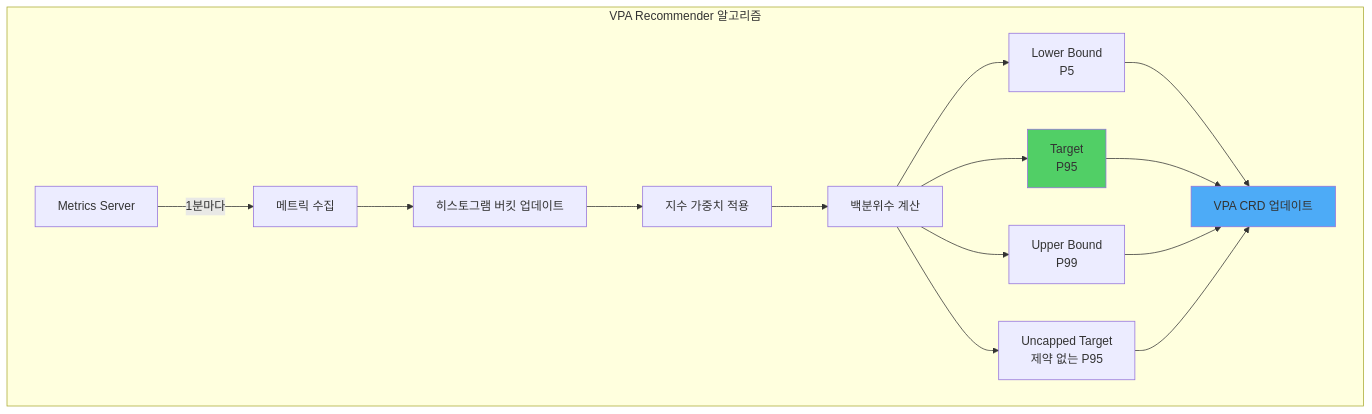
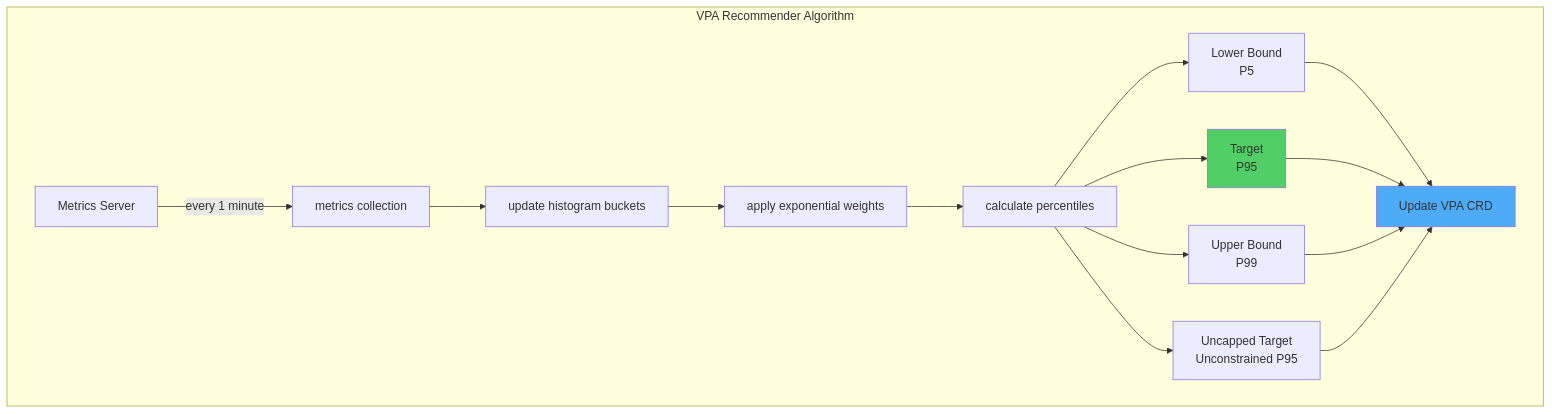
One commit to devfloor9/engineering-playbook changed the sixth of 16 diagrams in i18n/en/docusaurus-plugin-content-docs/current/eks-best-practices/resource-cost/eks-resource-optimization.md. Above: the diagram before and after it, drawn with Mermaid. The commit also changed other lines of this file, not shown here.

````diff
--- a/i18n/en/docusaurus-plugin-content-docs/current/eks-best-practices/resource-cost/eks-resource-optimization.md
+++ b/i18n/en/docusaurus-plugin-content-docs/current/eks-best-practices/resource-cost/eks-resource-optimization.md
@@ -1169,22 +1169,22 @@
 ```mermaid
 graph TB
-    subgraph "VPA Recommender 알고리즘"
-        A[Metrics Server] -->|1분마다| B[메트릭 수집]
-        B --> C[히스토그램 버킷 업데이트]
-        C --> D[지수 가중치 적용]
-        D --> E[백분위수 계산]
+    subgraph "VPA Recommender Algorithm"
+        A[Metrics Server] -->|every 1 minute| B[metrics collection]
+        B --> C[update histogram buckets]
+        C --> D[apply exponential weights]
+        D --> E[calculate percentiles]
 
         E --> F[Lower Bound<br/>P5]
         E --> G[Target<br/>P95]
         E --> H[Upper Bound<br/>P99]
-        E --> I[Uncapped Target<br/>제약 없는 P95]
+        E --> I[Uncapped Target<br/>Unconstrained P95]
 
-        F --> J[VPA CRD 업데이트]
+        F --> J[Update VPA CRD]
         G --> J
         H --> J
         I --> J
     end
 
     style G fill:#51cf66
     style J fill:#4dabf7
 ```
````
